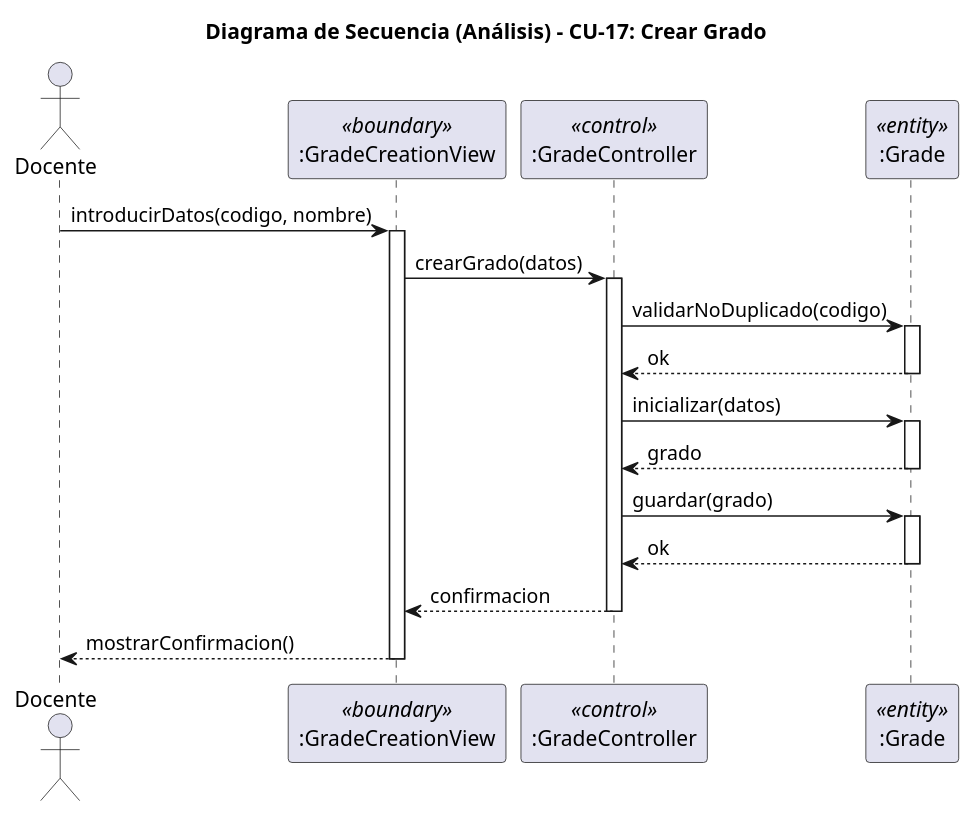
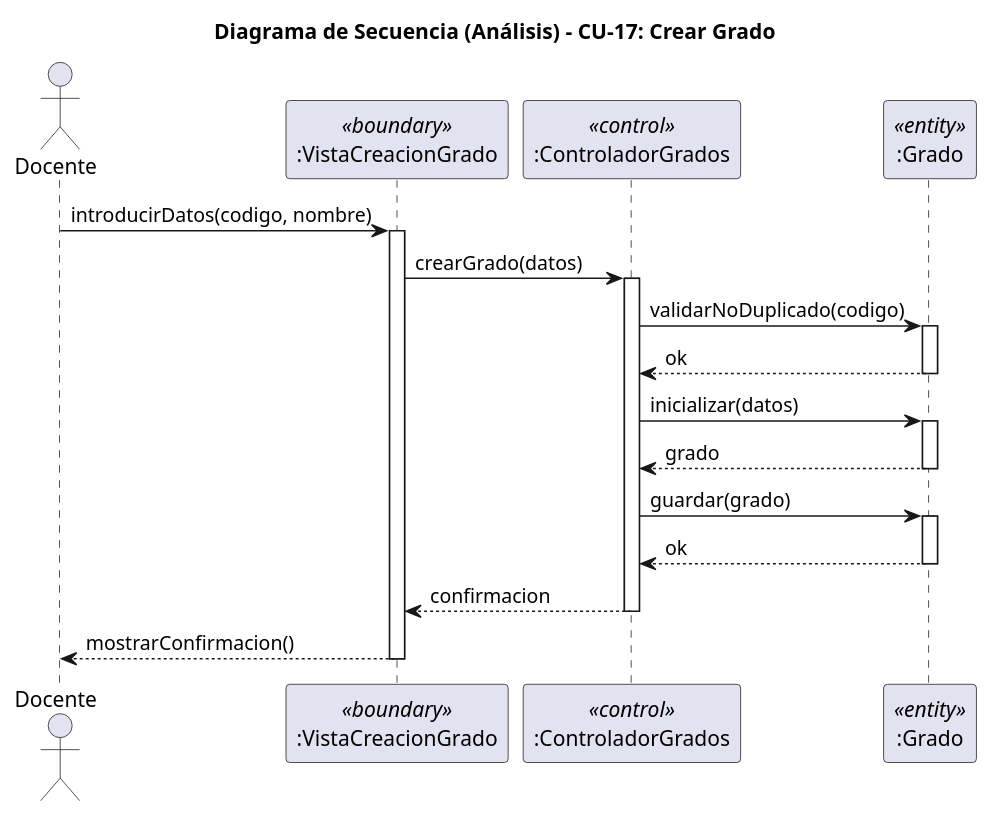
Before and after one commit to liamanderson873/25-26-idsw2-sdVC: the diagram in RUP/01-analisis/casos-uso/CU-17-crearGrado/analisis-secuencia-CU-17-crearGrado.puml, drawn with PlantUML. The commit also changed 85 other files, not shown here.

```diff
--- a/RUP/01-analisis/casos-uso/CU-17-crearGrado/analisis-secuencia-CU-17-crearGrado.puml
+++ b/RUP/01-analisis/casos-uso/CU-17-crearGrado/analisis-secuencia-CU-17-crearGrado.puml
@@ -1,36 +1,36 @@
 @startuml cu17-crearGrado-analisis-secuencia
 title Diagrama de Secuencia (Análisis) - CU-17: Crear Grado
 
 actor "Docente" as Actor
-participant ":GradeCreationView" as Boundary <<boundary>>
-participant ":GradeController" as Control <<control>>
-participant ":Grade" as Entity <<entity>>
+participant ":VistaCreacionGrado" as Boundary <<boundary>>
+participant ":ControladorGrados" as Control <<control>>
+participant ":Grado" as Entity <<entity>>
 
 Actor -> Boundary : introducirDatos(codigo, nombre)
 activate Boundary
 
 Boundary -> Control : crearGrado(datos)
 activate Control
 
 Control -> Entity : validarNoDuplicado(codigo)
 activate Entity
 Entity --> Control : ok
 deactivate Entity
 
 Control -> Entity : inicializar(datos)
 activate Entity
 Entity --> Control : grado
 deactivate Entity
 
 Control -> Entity : guardar(grado)
 activate Entity
 Entity --> Control : ok
 deactivate Entity
 
 Control --> Boundary : confirmacion
 deactivate Control
 
 Boundary --> Actor : mostrarConfirmacion()
 deactivate Boundary
 
 @enduml
```
